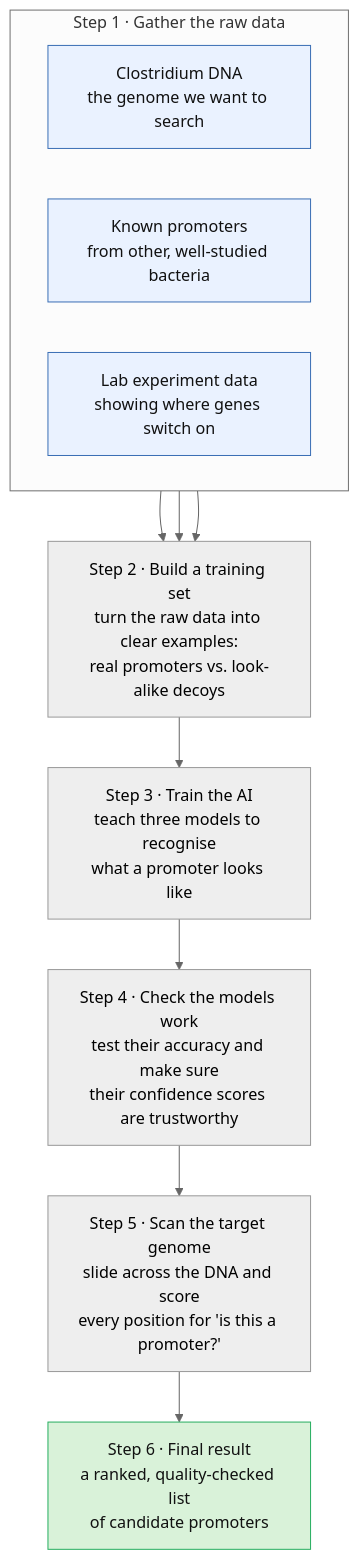
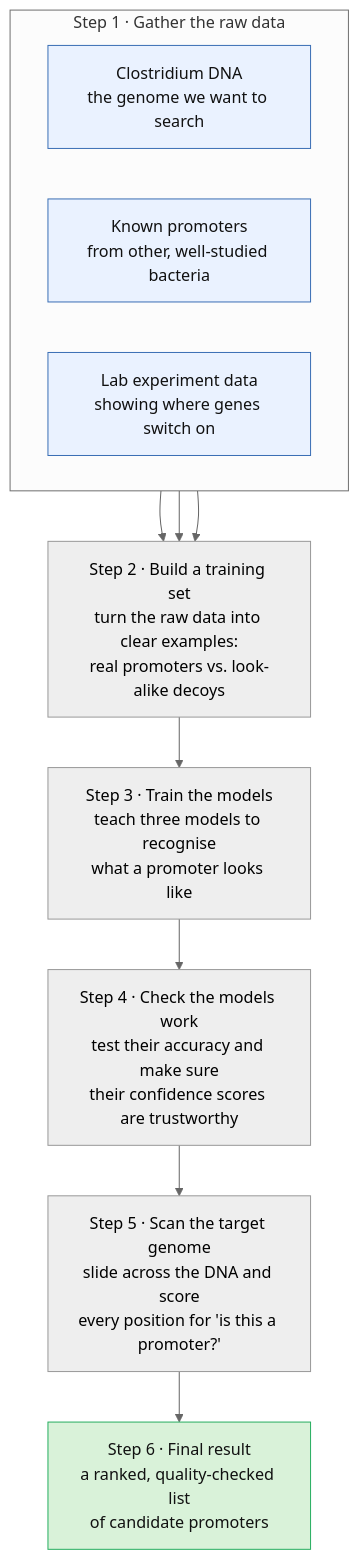
The first of 3 diagrams in README.md (HKUST-iGEM-2026/cb-promoter-mining), drawn with Mermaid (neutral theme) before and after one commit. The commit also changed other lines of this file, not shown here.

First line of the commit message:
README: reproduction guide, Mermaid diagrams, and the Hugging Face models

````diff
--- a/README.md
+++ b/README.md
@@ -7,25 +23,25 @@
 ```mermaid
 flowchart TB
   subgraph IN[" Step 1 · Gather the raw data "]
     direction LR
     A["Clostridium DNA<br/>the genome we want to search"]
     B["Known promoters<br/>from other, well-studied bacteria"]
     C["Lab experiment data<br/>showing where genes switch on"]
   end
 
   D["Step 2 · Build a training set<br/>turn the raw data into clear examples:<br/>real promoters vs. look-alike decoys"]
-  E["Step 3 · Train the AI<br/>teach three models to recognise<br/>what a promoter looks like"]
+  E["Step 3 · Train the models<br/>teach three models to recognise<br/>what a promoter looks like"]
   F["Step 4 · Check the models work<br/>test their accuracy and make sure<br/>their confidence scores are trustworthy"]
   G["Step 5 · Scan the target genome<br/>slide across the DNA and score<br/>every position for 'is this a promoter?'"]
   H["Step 6 · Final result<br/>a ranked, quality-checked list<br/>of candidate promoters"]
 
   A --> D
   B --> D
   C --> D
   D --> E --> F --> G --> H
 
   classDef input fill:#eaf2ff,stroke:#3b6fb5,color:#111;
   classDef goal fill:#d9f2d9,stroke:#27ae60,color:#111;
   class A,B,C input;
   class H goal;
 ```
````
